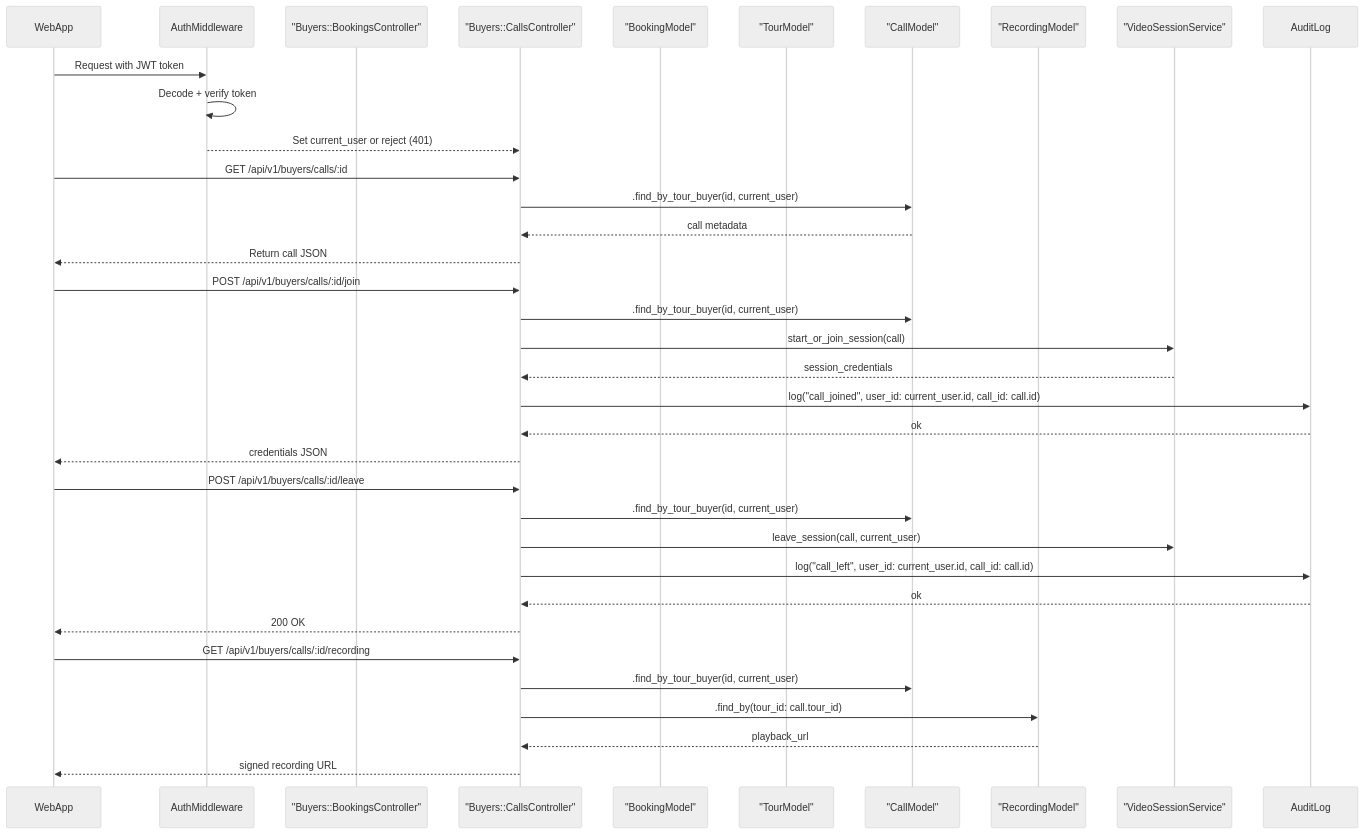
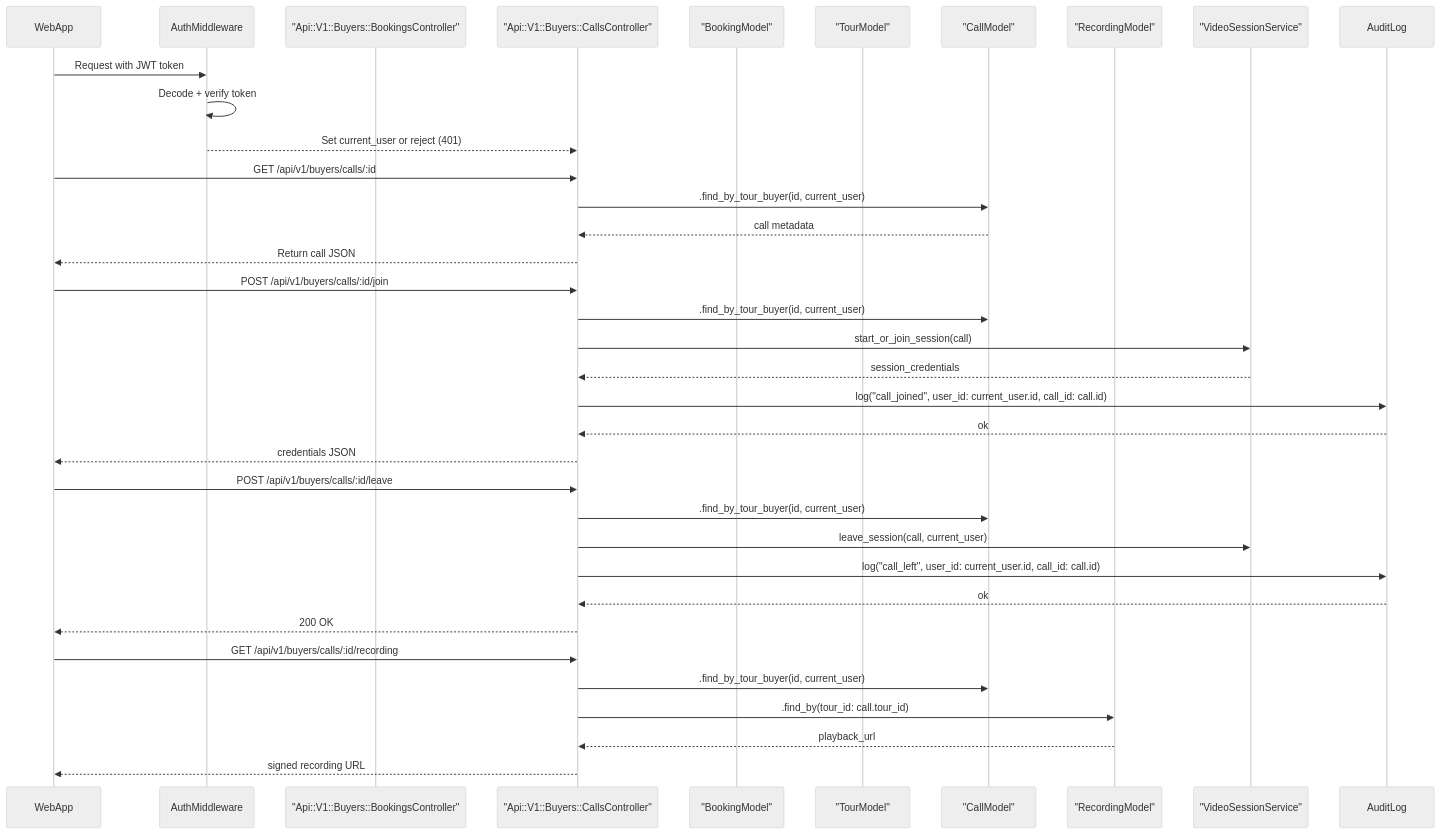
Before and after one commit to Video-API-architecture/architecture-proposal: the diagram in diagrams/buyers/calls.mermaid, drawn with Mermaid (neutral theme). The commit also changed 26 other files, not shown here.

Commit message:
add missing namespaces in diagrams

```diff
--- a/diagrams/buyers/calls.mermaid
+++ b/diagrams/buyers/calls.mermaid
@@ -1,46 +1,46 @@
 sequenceDiagram
     participant WebApp
     participant Auth as AuthMiddleware
-    participant BC as "Buyers::BookingsController"
-    participant CC as "Buyers::CallsController"
+    participant BC as "Api::V1::Buyers::BookingsController"
+    participant CC as "Api::V1::Buyers::CallsController"
     participant Booking as "BookingModel"
     participant Tour as "TourModel"
     participant Call as "CallModel"
     participant Recording as "RecordingModel"
     participant VideoService as "VideoSessionService"
     participant AuditLog
 
     %% Auth
     WebApp->>Auth: Request with JWT token
     Auth->>Auth: Decode + verify token
     Auth-->>CC: Set current_user or reject (401)
 
     %% Get call details (after booking confirmation)
     WebApp->>CC: GET /api/v1/buyers/calls/:id
     CC->>Call: .find_by_tour_buyer(id, current_user)
     Call-->>CC: call metadata
     CC-->>WebApp: Return call JSON
 
     %% POST /buyers/calls/:id/join (LOGGED)
     WebApp->>CC: POST /api/v1/buyers/calls/:id/join
     CC->>Call: .find_by_tour_buyer(id, current_user)
     CC->>VideoService: start_or_join_session(call)
     VideoService-->>CC: session_credentials
     CC->>AuditLog: log("call_joined", user_id: current_user.id, call_id: call.id)
     AuditLog-->>CC: ok
     CC-->>WebApp: credentials JSON
 
     %% POST /buyers/calls/:id/leave (LOGGED)
     WebApp->>CC: POST /api/v1/buyers/calls/:id/leave
     CC->>Call: .find_by_tour_buyer(id, current_user)
     CC->>VideoService: leave_session(call, current_user)
     CC->>AuditLog: log("call_left", user_id: current_user.id, call_id: call.id)
     AuditLog-->>CC: ok
     CC-->>WebApp: 200 OK
 
     %% GET /buyers/calls/:id/recording (READ-ONLY, NOT LOGGED)
     WebApp->>CC: GET /api/v1/buyers/calls/:id/recording
     CC->>Call: .find_by_tour_buyer(id, current_user)
     CC->>Recording: .find_by(tour_id: call.tour_id)
     Recording-->>CC: playback_url
     CC-->>WebApp: signed recording URL
```
